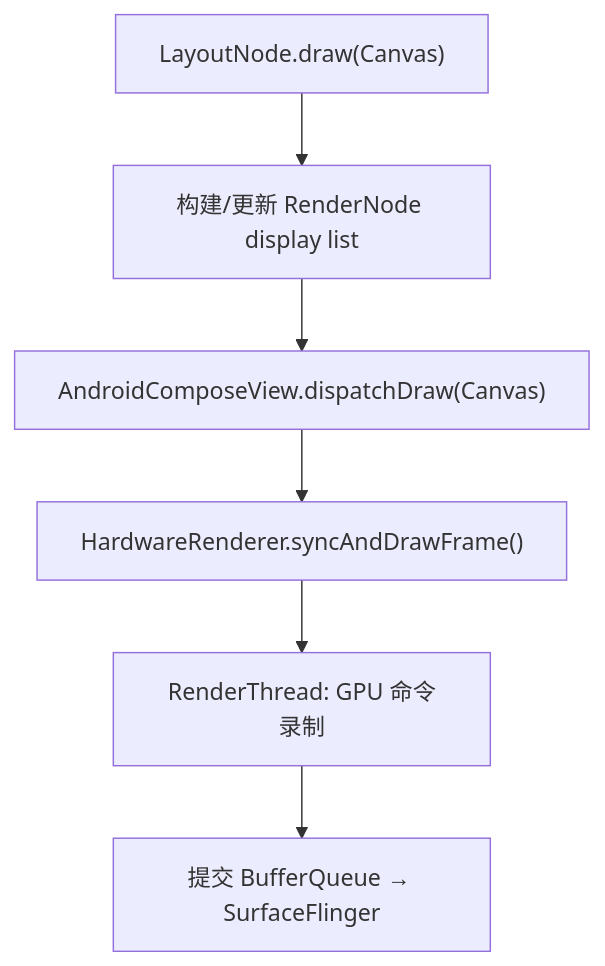
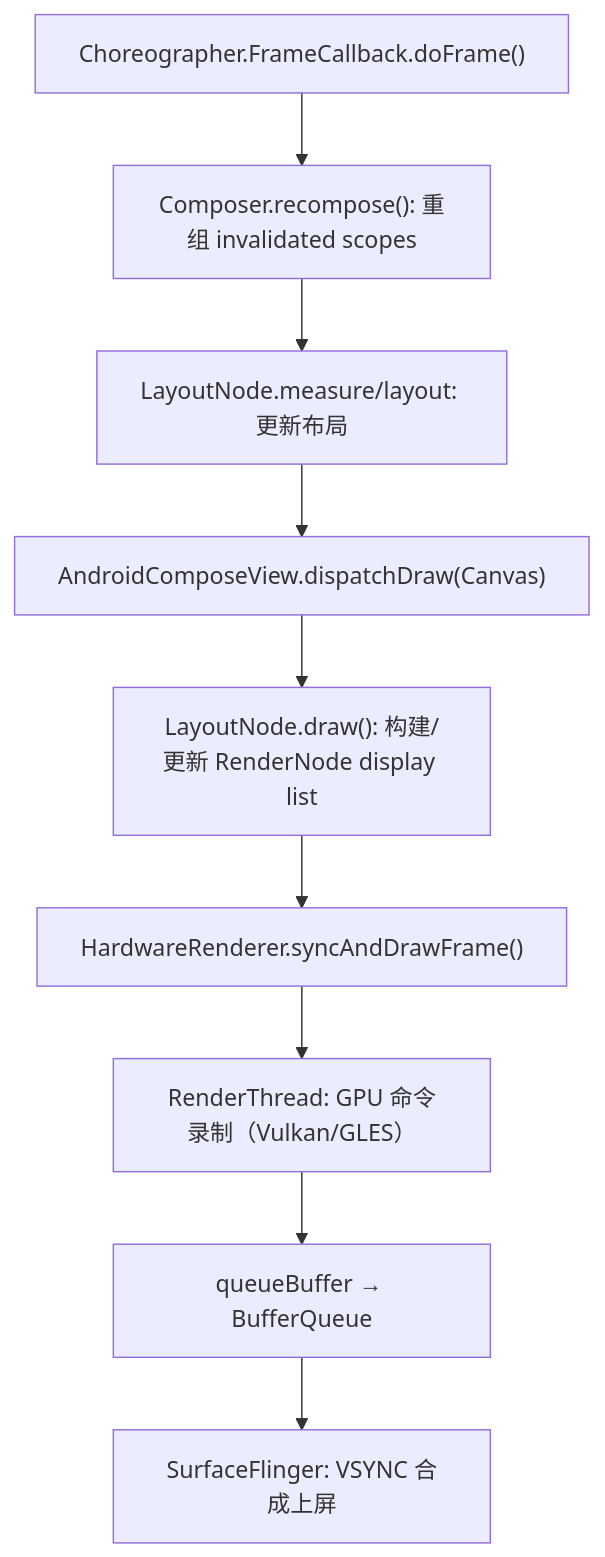
One commit to Gracker/android-internals-wiki changed the third of 4 diagrams in src/part2-performance/ch18-rendering-pipelines/25-compose-rendering-pipeline.md. Above: the diagram before and after it, drawn with Mermaid. The commit also changed other lines of this file and 1 other file, not shown here.

Commit message:
[openclaw] rework: 18.25 Jetpack Compose 渲染管线架构 — Task9 P95 回炉修复 + Task6 P65 AOSP 源码路径补充

````diff
--- a/src/part2-performance/ch18-rendering-pipelines/25-compose-rendering-pipeline.md
+++ b/src/part2-performance/ch18-rendering-pipelines/25-compose-rendering-pipeline.md
@@ -153,8 +408,11 @@
 ```mermaid
 flowchart TD
-    A["LayoutNode.draw(Canvas)"] --> B["构建/更新 RenderNode display list"]
-    B --> C["AndroidComposeView.dispatchDraw(Canvas)"]
-    C --> D["HardwareRenderer.syncAndDrawFrame()"]
-    D --> E["RenderThread: GPU 命令录制"]
-    E --> F["提交 BufferQueue → SurfaceFlinger"]
+    A["Choreographer.FrameCallback.doFrame()"] --> B["Composer.recompose(): 重组 invalidated scopes"]
+    B --> C["LayoutNode.measure/layout: 更新布局"]
+    C --> D["AndroidComposeView.dispatchDraw(Canvas)"]
+    D --> E["LayoutNode.draw(): 构建/更新 RenderNode display list"]
+    E --> F["HardwareRenderer.syncAndDrawFrame()"]
+    F --> G["RenderThread: GPU 命令录制（Vulkan/GLES）"]
+    G --> H["queueBuffer → BufferQueue"]
+    H --> I["SurfaceFlinger: VSYNC 合成上屏"]
 ```
````
